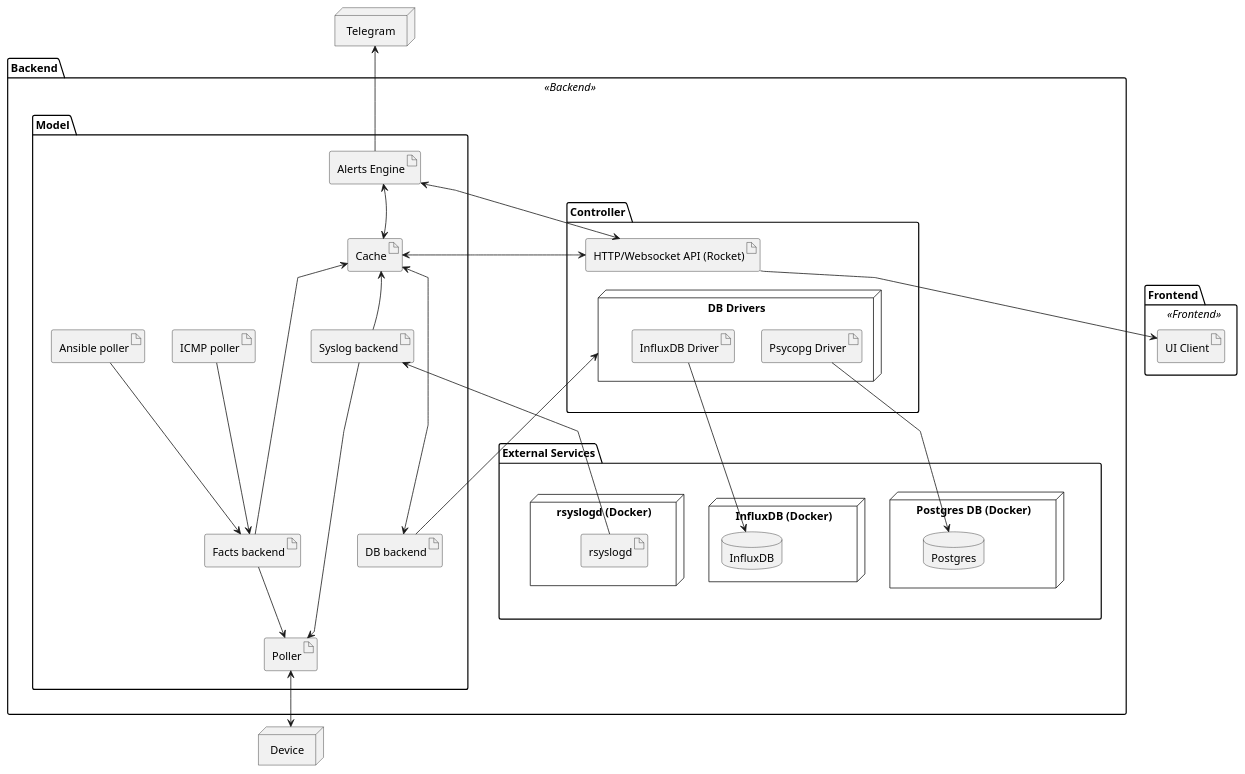
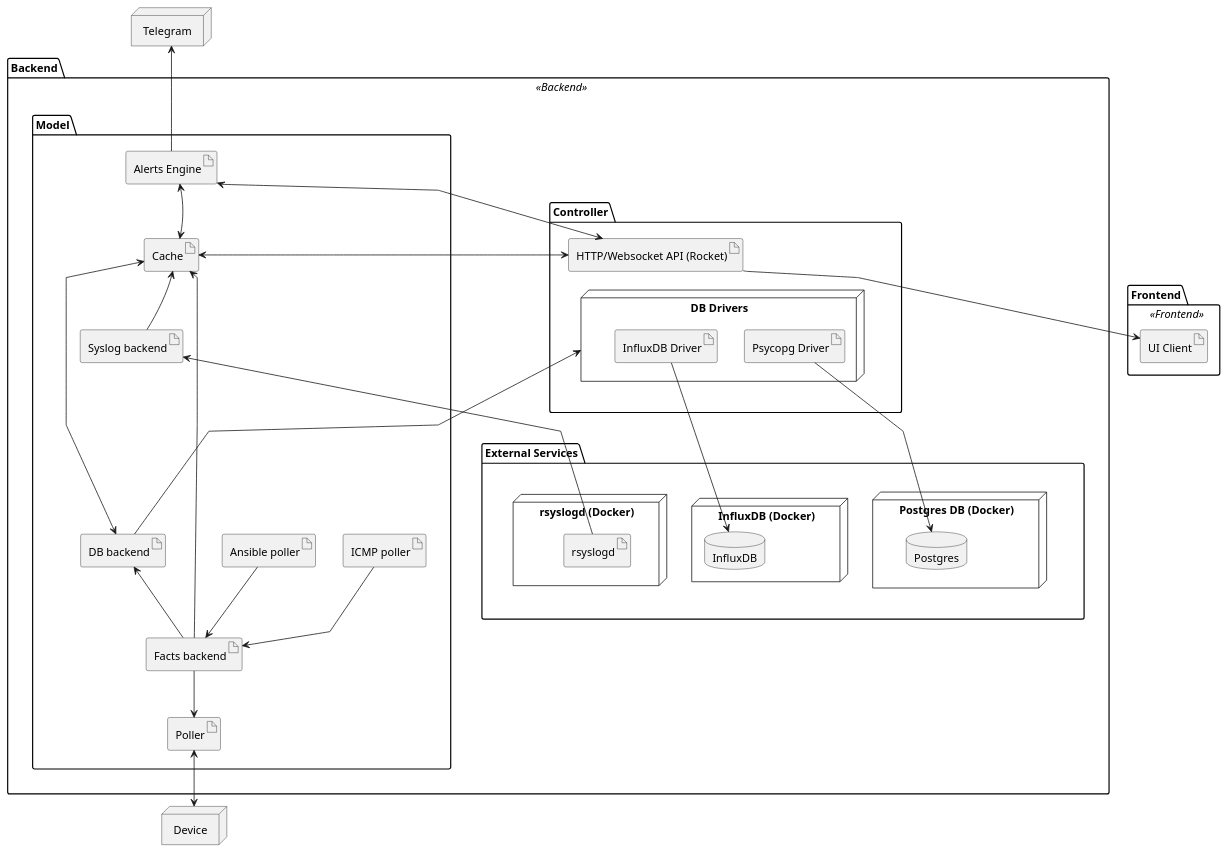
Before and after one commit to hector-ramirez-cano/Analytics: the diagram in docs/uml/architecture.puml, drawn with PlantUML. The commit also changed 17 other files, not shown here.

Commit message:
[DOCS] Updated docs and housekeeping. Added back schema that was accidentally deleted

```diff
--- a/docs/uml/architecture.puml
+++ b/docs/uml/architecture.puml
@@ -1,89 +1,88 @@
 @startuml Architecture
 skinparam linetype polyline
 skinparam shadowing false
 skinparam rectangle {
   BackgroundColor<<Frontend>> #ADD8E6
   BackgroundColor<<Backend>> #99c4ad
   BorderColor black
   BorderStyle dashed
 }
 
 node "Device"
 node "Telegram"
 
 package "Frontend" <<Frontend>> {
   artifact "UI Client"
 }
 
 package "Backend" <<Backend>> {
   package "Model" {
     artifact "Alerts Engine"
     artifact "DB backend"
     artifact "Cache"
     artifact "ICMP poller"
     artifact "Ansible poller"
     artifact "Facts backend"
     artifact "Syslog backend"
     artifact "Poller"
     
   }
 
   package "Controller" {
     artifact "HTTP/Websocket API (Rocket)"
     node "DB Drivers" {
       artifact "Psycopg Driver"
       artifact "InfluxDB Driver"
     }
   }
 
   
   package "External Services" {
     node "rsyslogd (Docker)" {
       artifact "rsyslogd"
     }
     node "Postgres DB (Docker)" {
       database "Postgres"
     }
     node "InfluxDB (Docker)" {
       database "InfluxDB"
     }
   }
 }
 
-
-"Syslog backend" --> "Poller"
+"Facts backend" -up-> "DB backend"
 "Facts backend" --> "Poller"
 
 "ICMP poller" --> "Facts backend"
 "Ansible poller" --> "Facts backend" 
 
 "Cache" <--> "DB backend"
 "Cache" <--> "Alerts Engine"
 
 "HTTP/Websocket API (Rocket)" --> "UI Client"
 "Cache" <--> "HTTP/Websocket API (Rocket)"
 "Alerts Engine" <-> "HTTP/Websocket API (Rocket)"
 "Alerts Engine" -up-> "Telegram"
 "Syslog backend" <-- "rsyslogd"
 "Psycopg Driver" --> "Postgres"
 "InfluxDB Driver" --> "InfluxDB"
 "Facts backend" --> "Cache"
 "Syslog backend" --> "Cache"
 "DB backend" -right-> "DB Drivers" 
 
 'Device --up--> "rsyslogd"
 Device <-up-> "Poller"
 
 ' Layout
 "Model" .[hidden]left.> "External Services"
 "Model" .[hidden]left.> "Controller"
   "Syslog backend" .[hidden]down.> "Facts backend"
   "Syslog backend" -[hidden]-> "DB backend"
   "Syslog backend" .[hidden]up.> "Cache"
   "Cache" .[hidden]up.> "Alerts Engine"
 "Controller" .[hidden]down.> "External Services"
   "HTTP/Websocket API (Rocket)" .[hidden]down.> "DB Drivers"
   "rsyslogd (Docker)" .[hidden]right.> "Postgres DB (Docker)"
 
 
 @enduml
```
